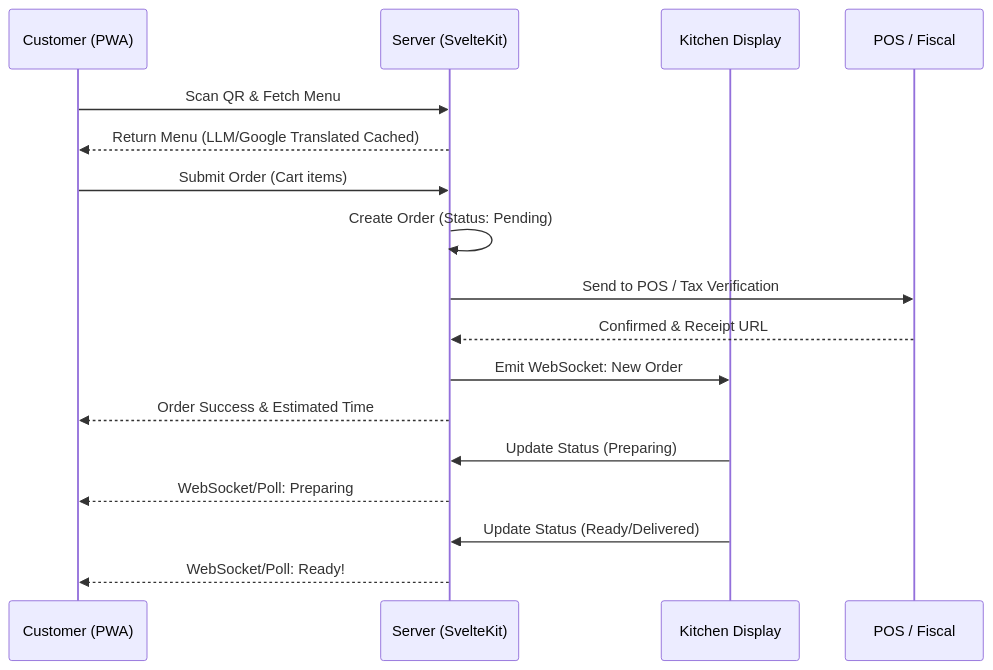
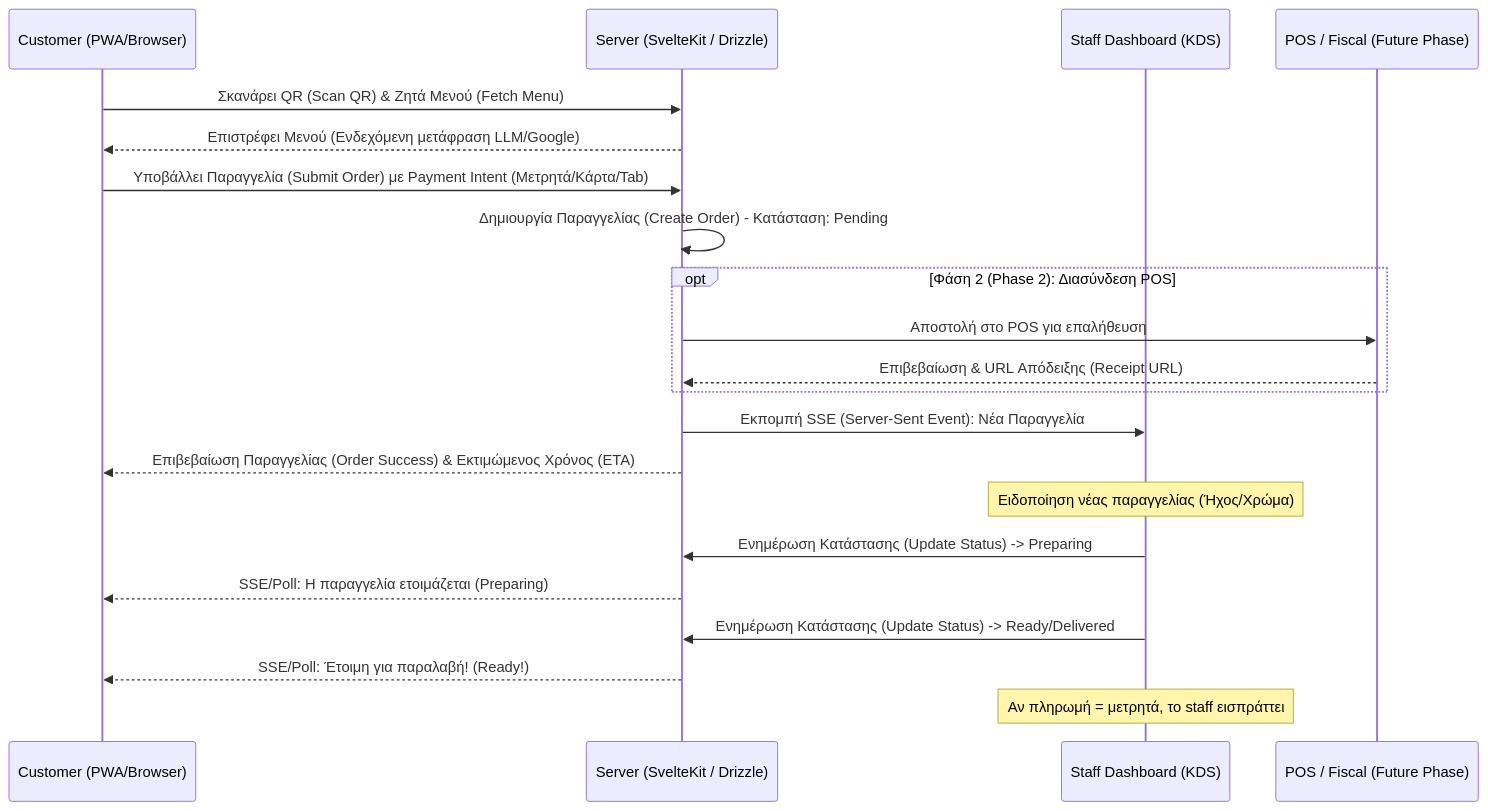
One commit to dolly450/orderly_docs changed the diagram in architecture/ordering-flow.md. Above: the diagram before and after it, drawn with Mermaid. The commit also changed other lines of this file and 11 other files, not shown here.

Commit message:
chore: daily knowledge operations sync (branding, deduplication, flow mapping)

````diff
--- a/architecture/ordering-flow.md
+++ b/architecture/ordering-flow.md
@@ -7,20 +7,32 @@
 ```mermaid
 sequenceDiagram
-    participant C as Customer (PWA)
-    participant S as Server (SvelteKit)
-    participant K as Kitchen Display
-    participant P as POS / Fiscal
+    participant C as Customer (PWA/Browser)
+    participant S as Server (SvelteKit / Drizzle)
+    participant K as Staff Dashboard (KDS)
+    participant P as POS / Fiscal (Future Phase)
 
-    C->>S: Scan QR & Fetch Menu
-    S-->>C: Return Menu (LLM/Google Translated Cached)
-    C->>S: Submit Order (Cart items)
-    S->>S: Create Order (Status: Pending)
-    S->>P: Send to POS / Tax Verification
-    P-->>S: Confirmed & Receipt URL
-    S->>K: Emit WebSocket: New Order
-    S-->>C: Order Success & Estimated Time
-    K->>S: Update Status (Preparing)
-    S-->>C: WebSocket/Poll: Preparing
-    K->>S: Update Status (Ready/Delivered)
-    S-->>C: WebSocket/Poll: Ready!
+    C->>S: Σκανάρει QR (Scan QR) & Ζητά Μενού (Fetch Menu)
+    S-->>C: Επιστρέφει Μενού (Ενδεχόμενη μετάφραση LLM/Google)
+
+    C->>S: Υποβάλλει Παραγγελία (Submit Order) με Payment Intent (Μετρητά/Κάρτα/Tab)
+    S->>S: Δημιουργία Παραγγελίας (Create Order) - Κατάσταση: Pending
+
+    %% Future Phase POS Integration
+    opt Φάση 2 (Phase 2): Διασύνδεση POS
+        S->>P: Αποστολή στο POS για επαλήθευση
+        P-->>S: Επιβεβαίωση & URL Απόδειξης (Receipt URL)
+    end
+
+    S->>K: Εκπομπή SSE (Server-Sent Event): Νέα Παραγγελία
+    S-->>C: Επιβεβαίωση Παραγγελίας (Order Success) & Εκτιμώμενος Χρόνος (ETA)
+
+    Note over K: Ειδοποίηση νέας παραγγελίας (Ήχος/Χρώμα)
+
+    K->>S: Ενημέρωση Κατάστασης (Update Status) -> Preparing
+    S-->>C: SSE/Poll: Η παραγγελία ετοιμάζεται (Preparing)
+
+    K->>S: Ενημέρωση Κατάστασης (Update Status) -> Ready/Delivered
+    S-->>C: SSE/Poll: Έτοιμη για παραλαβή! (Ready!)
+
+    Note over K: Αν πληρωμή = μετρητά, το staff εισπράττει
 ```
````
